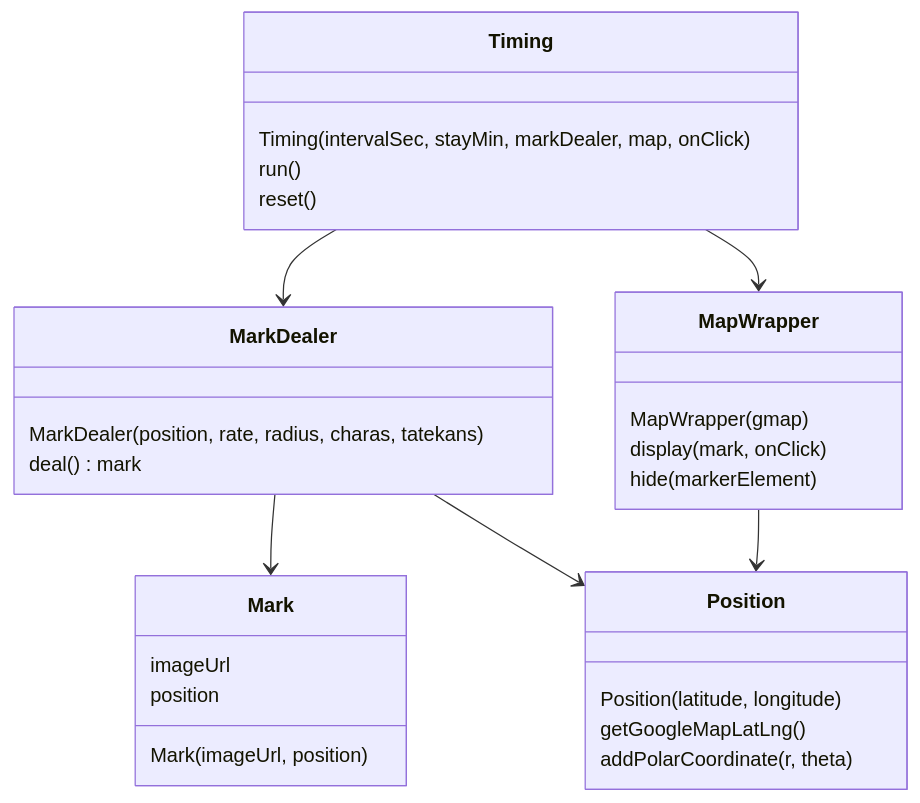
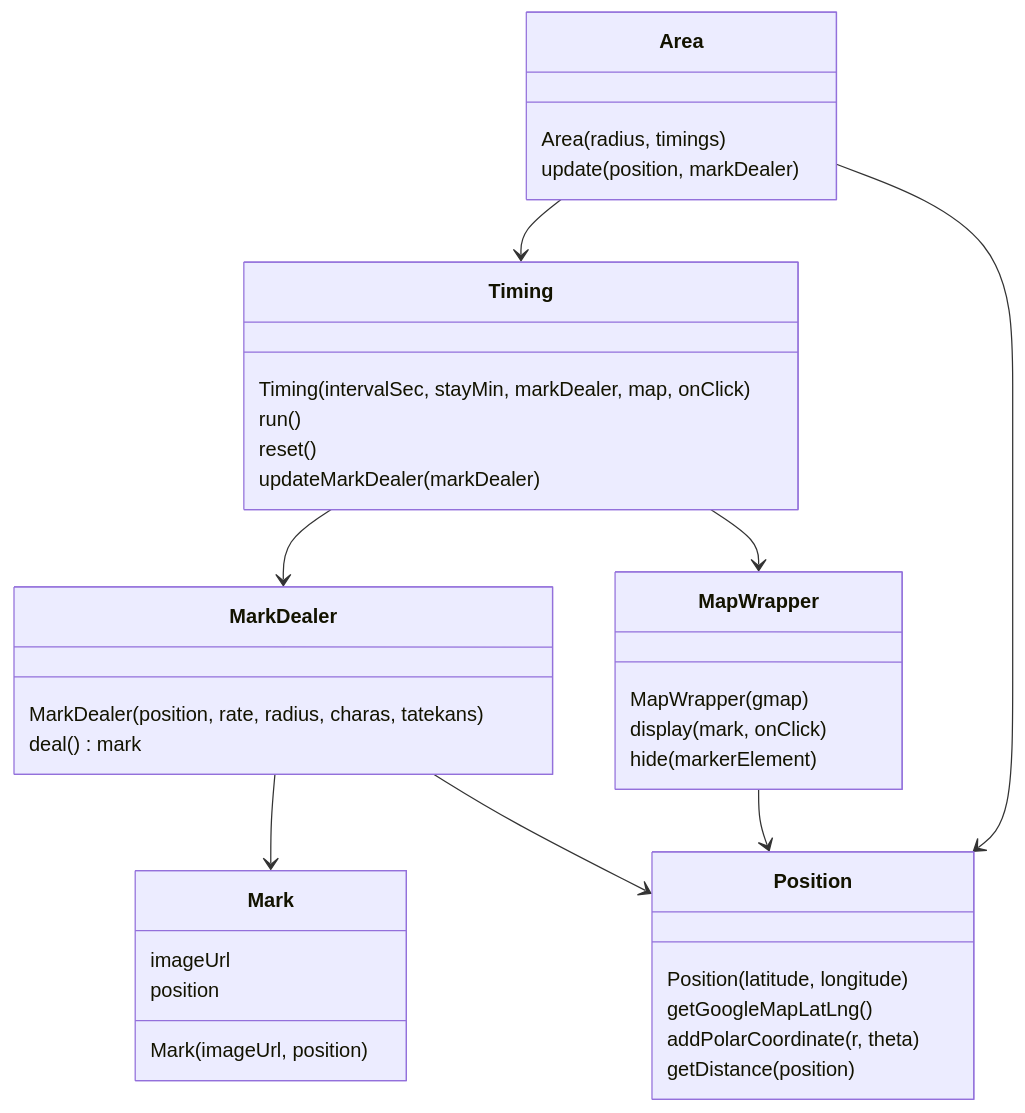
The diagram in README.md (A01218/KyodaiGo), drawn with Mermaid before and after one commit. The commit also changed other lines of this file and 4 other files, not shown here.

````diff
--- a/README.md
+++ b/README.md
@@ -5,32 +5,41 @@
 ```mermaid
 classDiagram
   MarkDealer --> Mark
   MarkDealer --> Position
   MapWrapper --> Position
   Timing --> MarkDealer
   Timing --> MapWrapper
+  Area --> Timing
+  Area --> Position
+  
   class Mark {
     Mark(imageUrl, position)
     imageUrl
     position
   }
   class MarkDealer {
     MarkDealer(position, rate, radius, charas, tatekans)
     deal() mark
   }
   class MapWrapper {
     MapWrapper(gmap)
     display(mark, onClick)
     hide(markerElement)
   }
   class Position {
     Position(latitude, longitude)
     getGoogleMapLatLng()
     addPolarCoordinate(r, theta)
+    getDistance(position)
   }
   class Timing {
     Timing(intervalSec, stayMin, markDealer, map, onClick)
     run()
     reset()
+    updateMarkDealer(markDealer)
+  }
+  class Area {
+    Area(radius, timings)
+    update(position, markDealer)
   }
 ```
````
